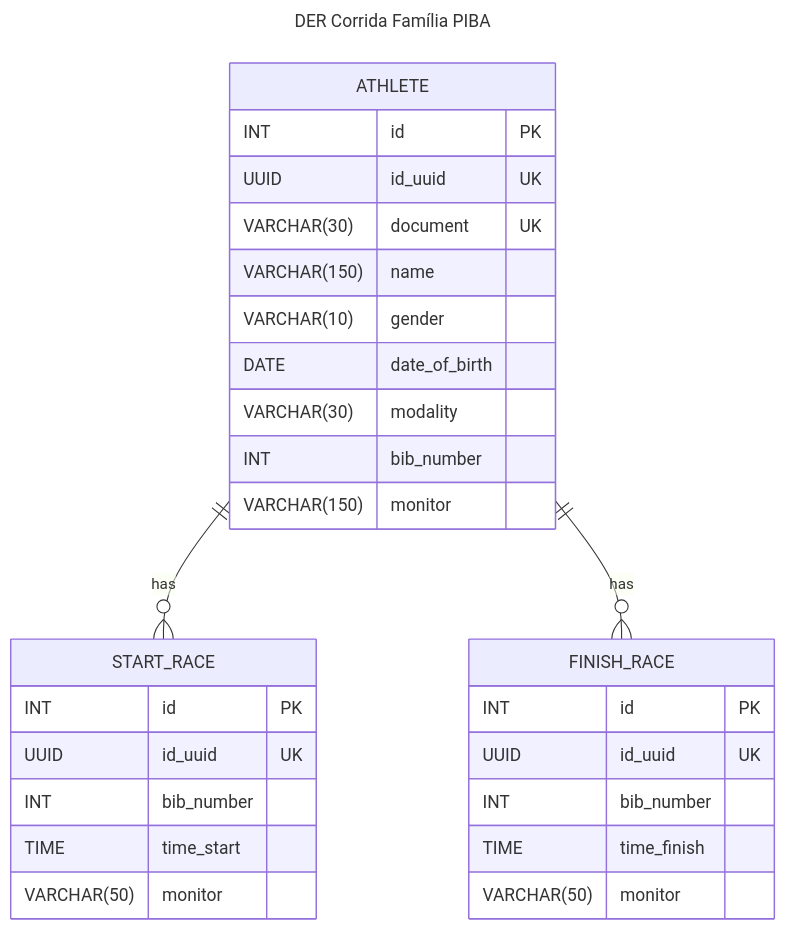
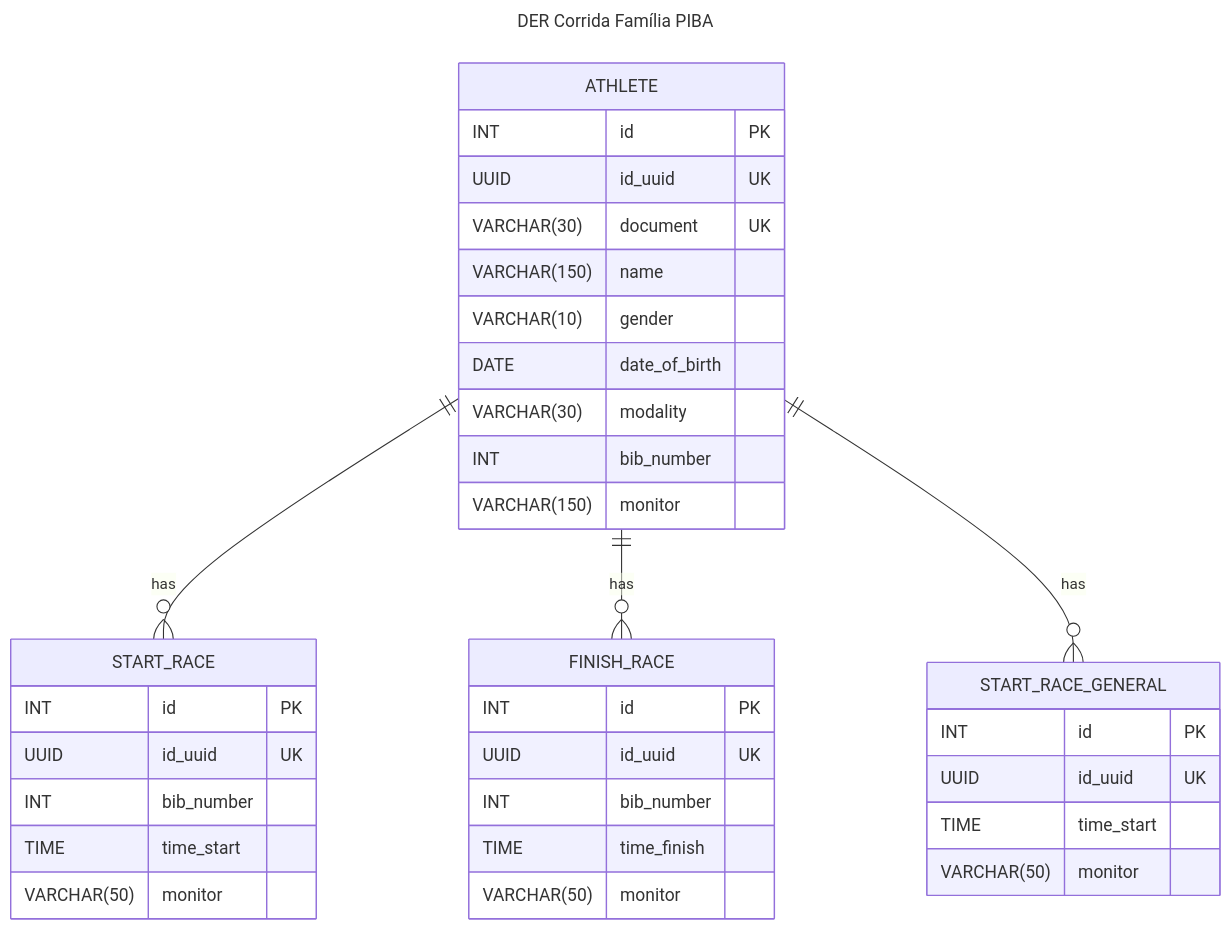
One commit to brgilsonsp/corrida_familia_piba_back changed the diagram in db/der.md. Above: the diagram before and after it, drawn with Mermaid. The commit also changed 9 other files, not shown here.

Commit message:
add start time general in der and script database. implements exit time general integration with database

````diff
--- a/db/der.md
+++ b/db/der.md
@@ -1,39 +1,47 @@
 ```mermaid
 ---
     title: DER Corrida Família PIBA
 ---
 
 erDiagram
     
     ATHLETE {
         INT id PK
         UUID id_uuid UK
         VARCHAR(30) document UK
         VARCHAR(150) name
         VARCHAR(10) gender
         DATE date_of_birth
         VARCHAR(30) modality
         INT bib_number
         VARCHAR(150) monitor
     }
 
     START_RACE {
         INT id PK
         UUID id_uuid UK
         INT bib_number
         TIME time_start
         VARCHAR(50) monitor
     }
 
     FINISH_RACE {
         INT id PK
         UUID id_uuid UK
         INT bib_number
         TIME time_finish
         VARCHAR(50) monitor
     }
 
-    ATHLETE ||--o{ START_RACE  : "has"
-    ATHLETE ||--o{ FINISH_RACE : "has"
+    START_RACE_GENERAL {
+        INT id PK
+        UUID id_uuid UK
+        TIME time_start
+        VARCHAR(50) monitor
+    }
+
+    ATHLETE ||--o{ START_RACE         : "has"
+    ATHLETE ||--o{ FINISH_RACE        : "has"
+    ATHLETE ||--o{ START_RACE_GENERAL : "has"
 
 ```
````
